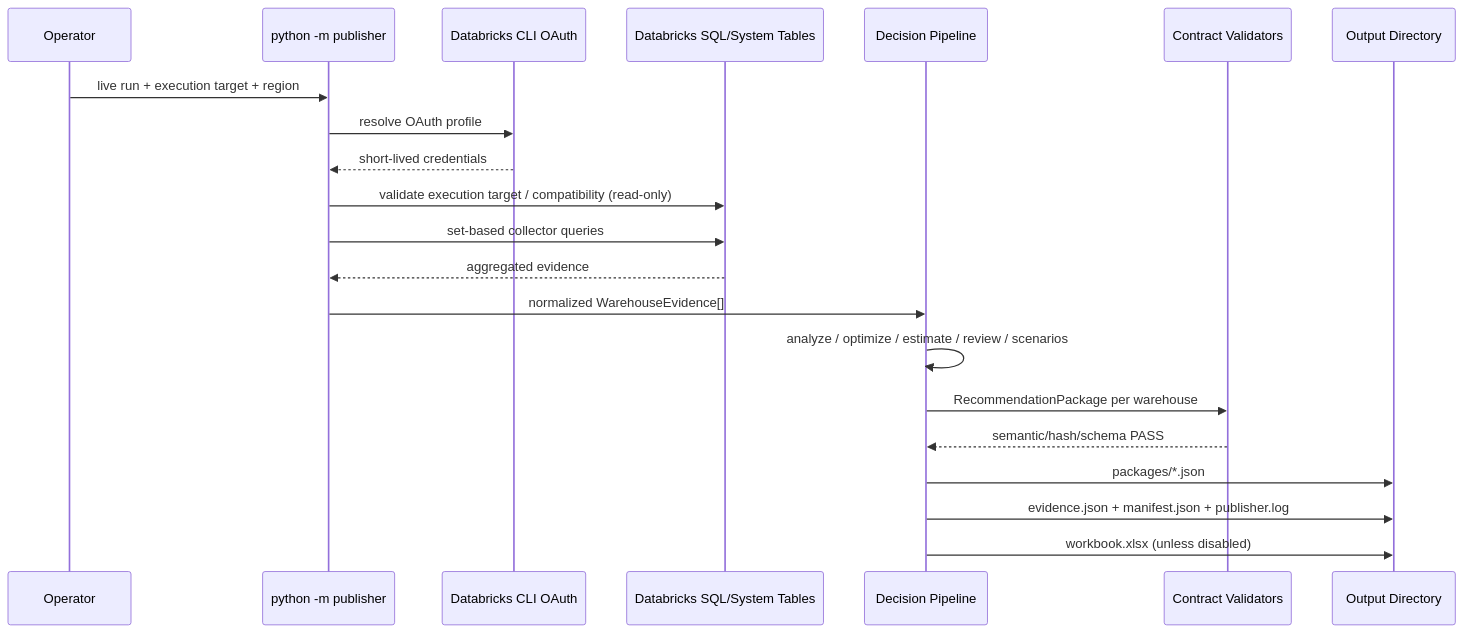
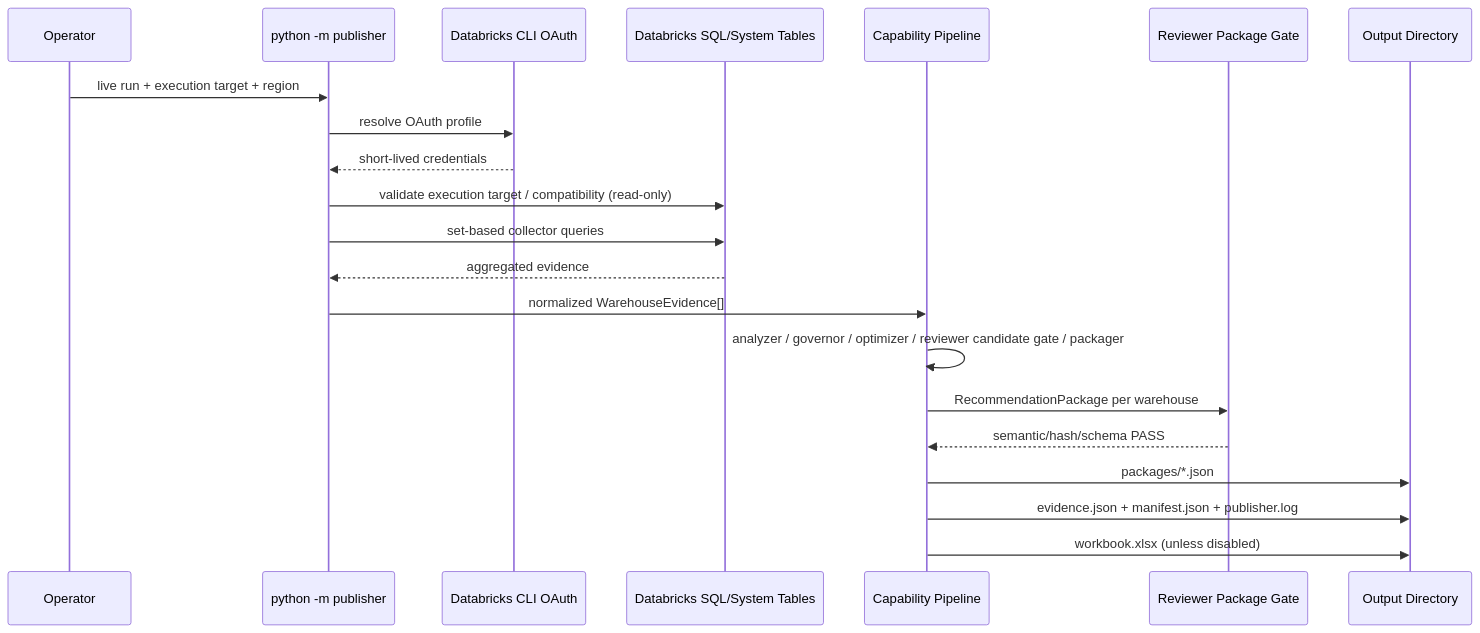
The seventh of 14 diagrams in docs/architecture/hld.md (thiaga-gk/expert-funicular), drawn with Mermaid before and after one commit. The commit also changed other lines of this file and 11 other files, not shown here.

First line of the commit message:
Reorg Phase 10 step E: docs describe the capability architecture

````diff
--- a/docs/architecture/hld.md
+++ b/docs/architecture/hld.md
@@ -450,24 +456,24 @@
 ```mermaid
 sequenceDiagram
     participant U as Operator
     participant CLI as python -m publisher
     participant AUTH as Databricks CLI OAuth
     participant DB as Databricks SQL/System Tables
-    participant P as Decision Pipeline
-    participant V as Contract Validators
+    participant P as Capability Pipeline
+    participant V as Reviewer Package Gate
     participant O as Output Directory
 
     U->>CLI: live run + execution target + region
     CLI->>AUTH: resolve OAuth profile
     AUTH-->>CLI: short-lived credentials
     CLI->>DB: validate execution target / compatibility (read-only)
     CLI->>DB: set-based collector queries
     DB-->>CLI: aggregated evidence
     CLI->>P: normalized WarehouseEvidence[]
-    P->>P: analyze / optimize / estimate / review / scenarios
+    P->>P: analyzer / governor / optimizer / reviewer candidate gate / packager
     P->>V: RecommendationPackage per warehouse
     V-->>P: semantic/hash/schema PASS
     P->>O: packages/*.json
     P->>O: evidence.json + manifest.json + publisher.log
     P->>O: workbook.xlsx (unless disabled)
 ```
````
